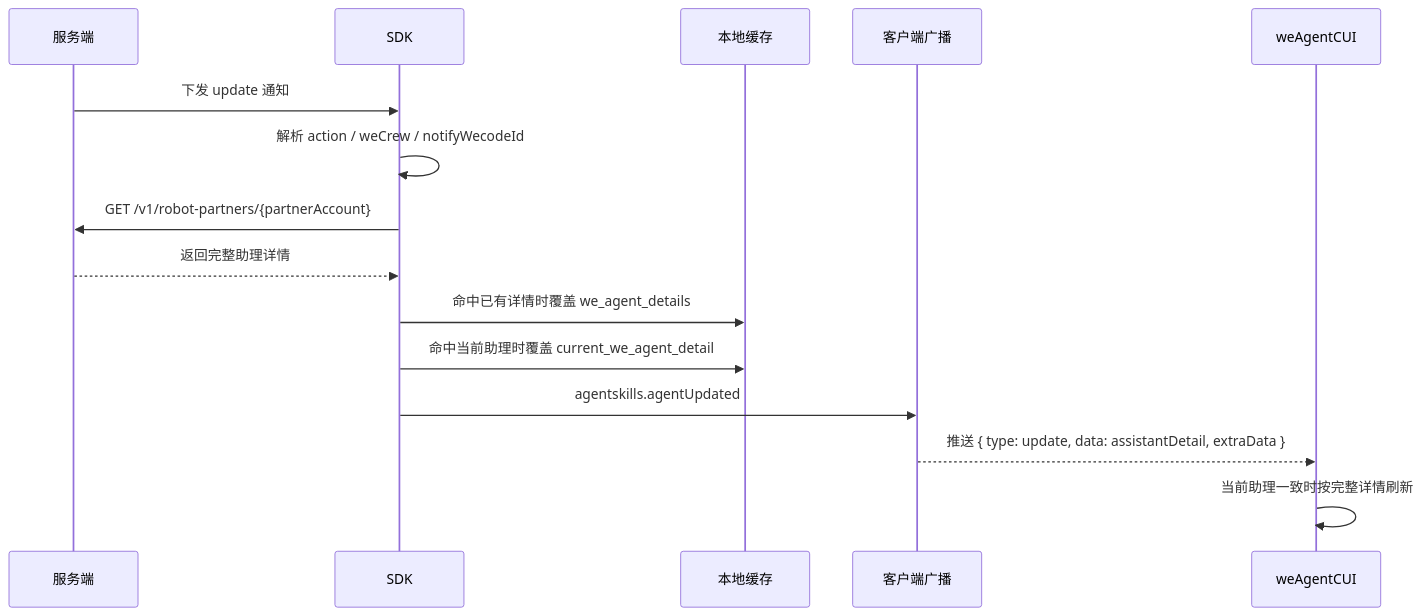
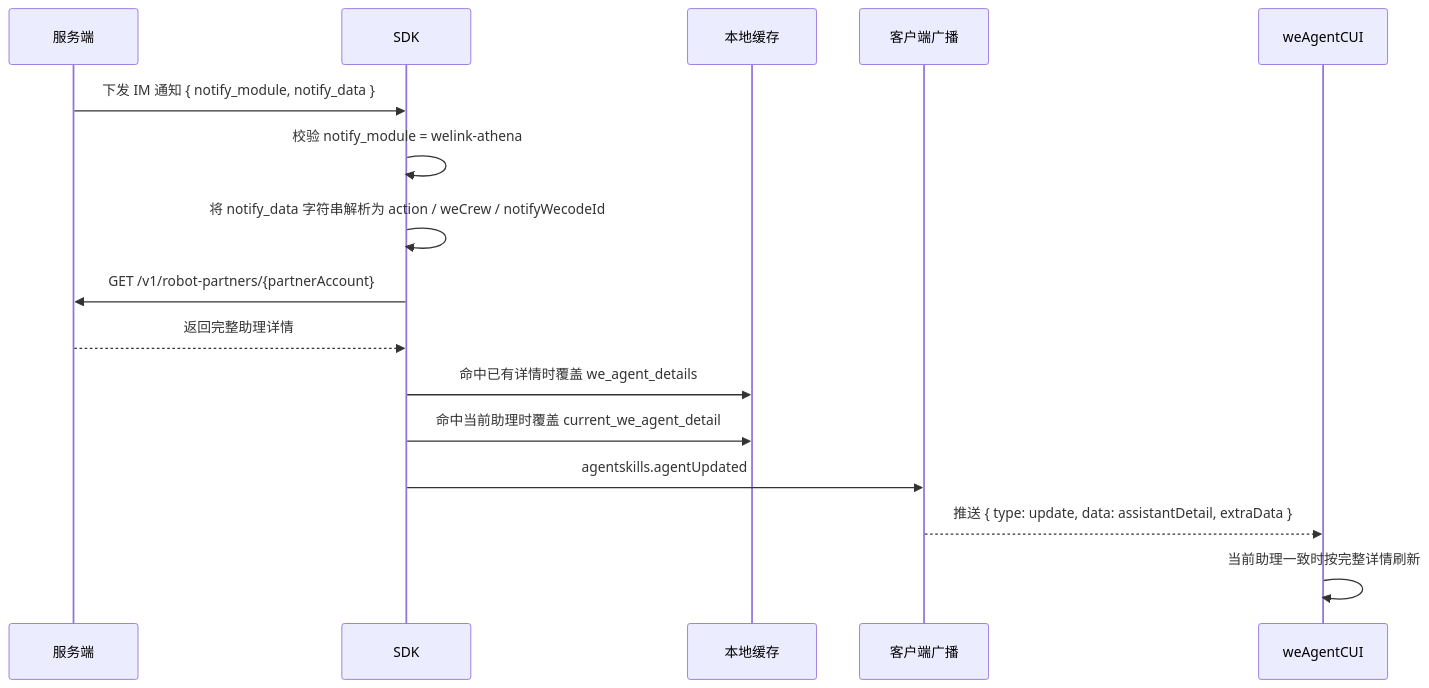
One commit to Abelsjcheng/skillSDK changed the third of 10 diagrams in 2026-05-08-we-agent-detail-sync-plan.md. Above: the diagram before and after it, drawn with Mermaid. The commit also changed other lines of this file and 1 other file, not shown here.

````diff
--- a/2026-05-08-we-agent-detail-sync-plan.md
+++ b/2026-05-08-we-agent-detail-sync-plan.md
@@ -85,18 +83,19 @@
 ```mermaid
 sequenceDiagram
     participant Server as 服务端
     participant SDK as SDK
     participant Cache as 本地缓存
     participant Broadcast as 客户端广播
     participant Page as weAgentCUI
 
-    Server->>SDK: 下发 update 通知
-    SDK->>SDK: 解析 action / weCrew / notifyWecodeId
+    Server->>SDK: 下发 IM 通知 { notify_module, notify_data }
+    SDK->>SDK: 校验 notify_module = welink-athena
+    SDK->>SDK: 将 notify_data 字符串解析为 action / weCrew / notifyWecodeId
     SDK->>Server: GET /v1/robot-partners/{partnerAccount}
     Server-->>SDK: 返回完整助理详情
     SDK->>Cache: 命中已有详情时覆盖 we_agent_details
     SDK->>Cache: 命中当前助理时覆盖 current_we_agent_detail
     SDK->>Broadcast: agentskills.agentUpdated
     Broadcast-->>Page: 推送 { type: update, data: assistantDetail, extraData }
     Page->>Page: 当前助理一致时按完整详情刷新
 ```
````
